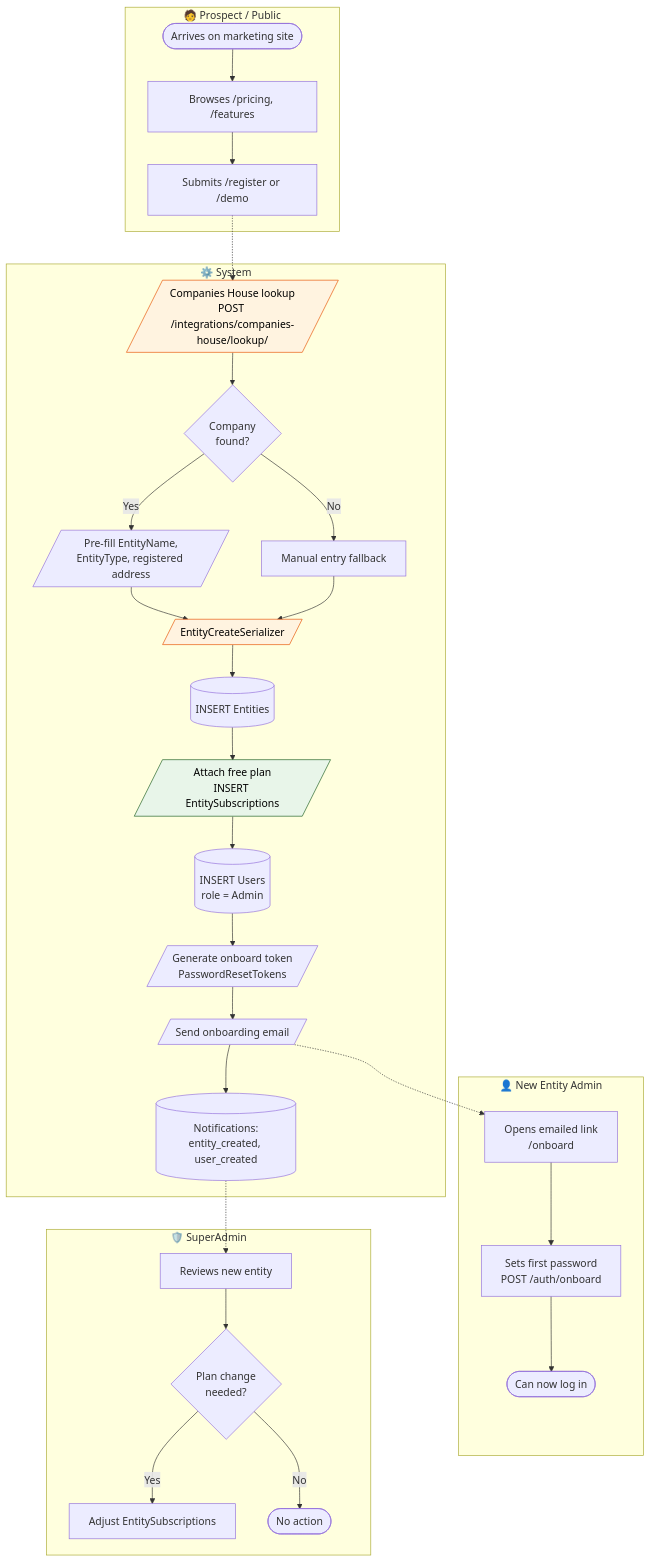
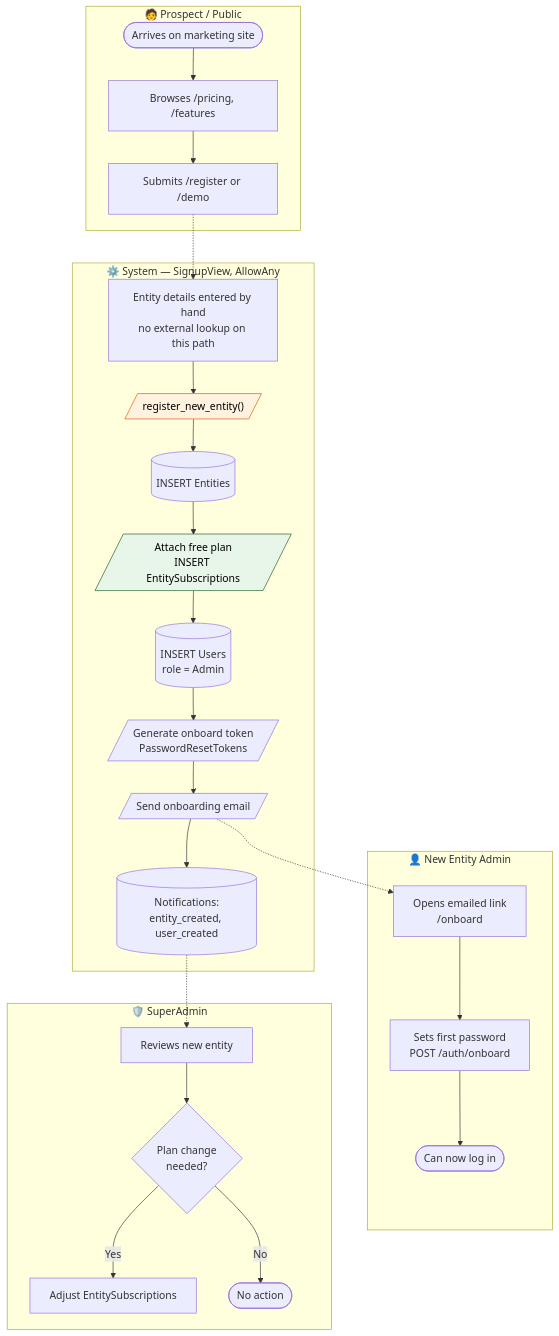
Before and after one commit to Software-Lifecycle-Consultants/SusDevOS-Pro: the first of 3 diagrams in docs/diagrams/bpmn/01-tenant-onboarding.md, drawn with Mermaid. The commit also changed other lines of this file and 23 other files, not shown here.

````diff
--- a/docs/diagrams/bpmn/01-tenant-onboarding.md
+++ b/docs/diagrams/bpmn/01-tenant-onboarding.md
@@ -10,39 +13,34 @@
 ```mermaid
 flowchart TB
     subgraph L1["🧑 Prospect / Public"]
         A([Arrives on marketing site]) --> B[Browses /pricing, /features]
         B --> C[Submits /register or /demo]
     end
 
-    subgraph L2["⚙️ System"]
-        C -.-> D[/"Companies House lookup<br/>POST /integrations/companies-house/lookup/"/]
-        D --> E{"Company<br/>found?"}
-        E -->|"Yes"| F[/"Pre-fill EntityName,<br/>EntityType, registered address"/]
-        E -->|"No"| G[Manual entry fallback]
-        F --> H
-        G --> H[/"EntityCreateSerializer"/]
+    subgraph L2["⚙️ System — SignupView, AllowAny"]
+        C -.-> G[Entity details entered by hand<br/>no external lookup on this path]
+        G --> H[/"register_new_entity()"/]
         H --> I[("INSERT Entities")]
         I --> J[/"Attach free plan<br/>INSERT EntitySubscriptions"/]
         J --> K[("INSERT Users<br/>role = Admin")]
         K --> L[/"Generate onboard token<br/>PasswordResetTokens"/]
         L --> M[/"Send onboarding email"/]
         M --> N[("Notifications:<br/>entity_created, user_created")]
     end
 
     subgraph L3["👤 New Entity Admin"]
         M -.-> O[Opens emailed link<br/>/onboard]
         O --> P[Sets first password<br/>POST /auth/onboard]
         P --> Q([Can now log in])
     end
 
     subgraph L4["🛡️ SuperAdmin"]
         N -.-> R[Reviews new entity]
         R --> S{"Plan change<br/>needed?"}
         S -->|"Yes"| T[Adjust EntitySubscriptions]
         S -->|"No"| U([No action])
     end
 
-    style D fill:#fff3e0,stroke:#e65100,color:#000
     style H fill:#fff3e0,stroke:#e65100,color:#000
     style J fill:#e8f5e9,stroke:#1b5e20,color:#000
 ```
````
